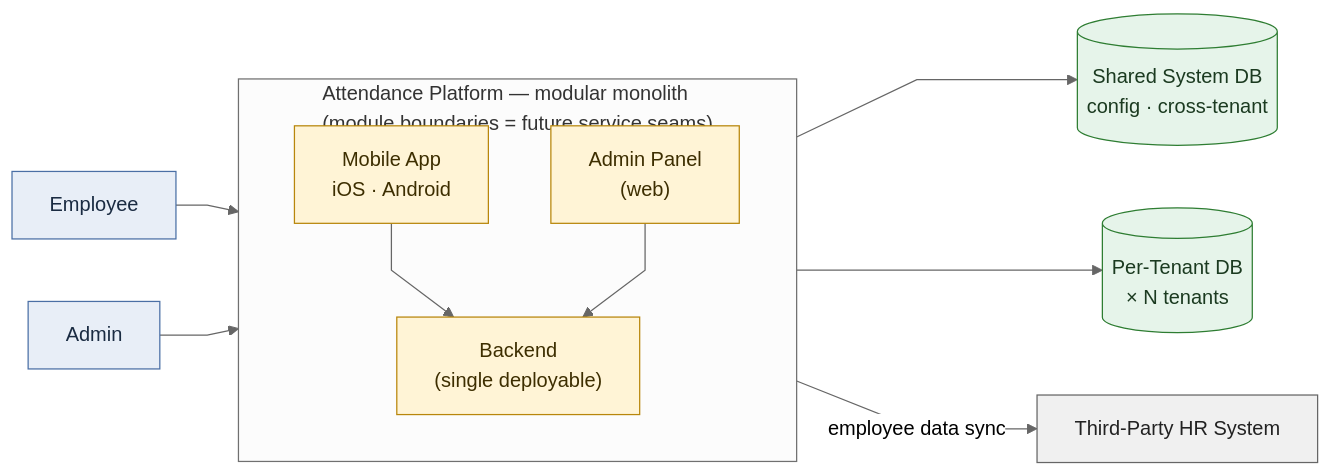
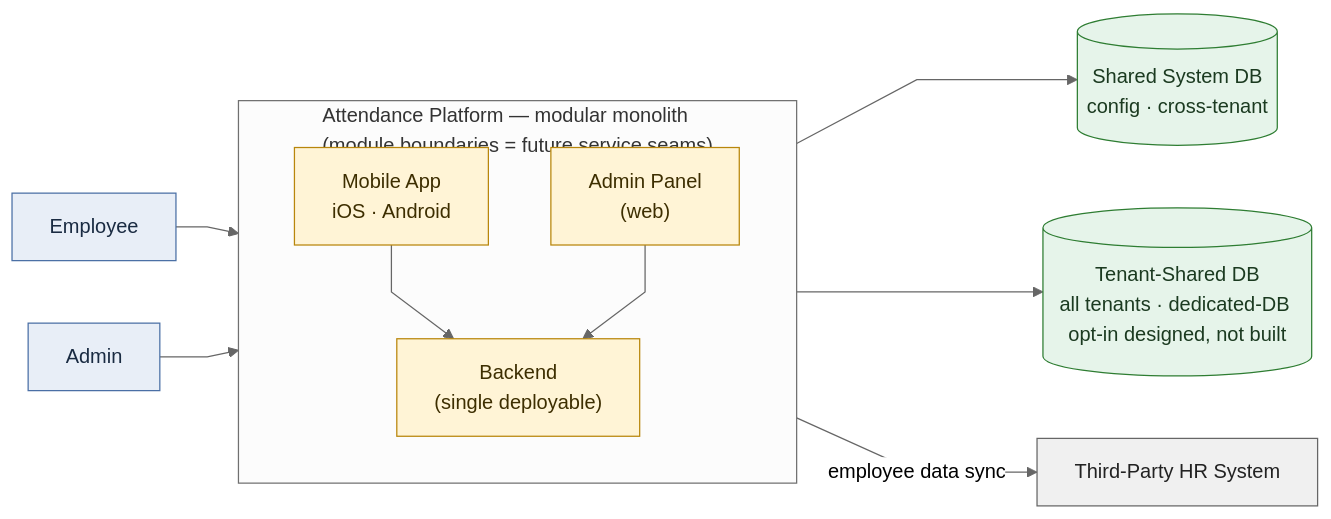
One commit to Jichimon/portfolio changed the diagram in resources/diagrams/attendance-c4-container.mmd. Above: the diagram before and after it, drawn with Mermaid (neutral theme). The commit also changed 14 other files, not shown here.

```diff
--- a/resources/diagrams/attendance-c4-container.mmd
+++ b/resources/diagrams/attendance-c4-container.mmd
@@ -1,25 +1,25 @@
 %%{init: {'flowchart': {'curve': 'linear'}}}%%
 flowchart LR
   Employee["Employee"]:::client
   Admin["Admin"]:::client
 
   subgraph PlatformBoundary["Attendance Platform — modular monolith<br/>(module boundaries = future service seams)"]
     direction TB
     MobileApp["Mobile App<br/>iOS · Android"]:::internal
     AdminPanel["Admin Panel<br/>(web)"]:::internal
     Backend["Backend<br/>(single deployable)"]:::internal
     MobileApp --> Backend
     AdminPanel --> Backend
   end
 
   Employee --> MobileApp
   Admin --> AdminPanel
 
   Backend --> SystemDB[("Shared System DB<br/>config · cross-tenant")]:::store
-  Backend --> TenantDB[("Per-Tenant DB<br/>× N tenants")]:::store
+  Backend --> TenantDB[("Tenant-Shared DB<br/>all tenants · dedicated-DB opt-in designed, not built")]:::store
   Backend -->|"employee data sync"| HRSystem["Third-Party HR System"]:::external
 
   classDef client fill:#e8eef7,stroke:#4a6fa5,color:#1a2b42
   classDef internal fill:#fff4d6,stroke:#b8860b,color:#3d2e00
   classDef external fill:#f0f0f0,stroke:#666666,color:#222222
   classDef store fill:#e6f4ea,stroke:#2e7d32,color:#1b3a20
```
